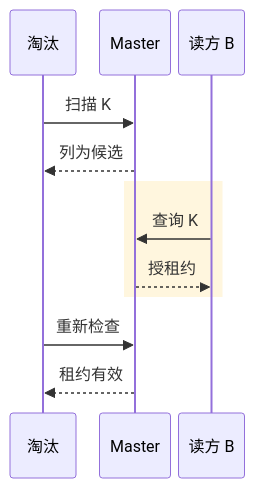
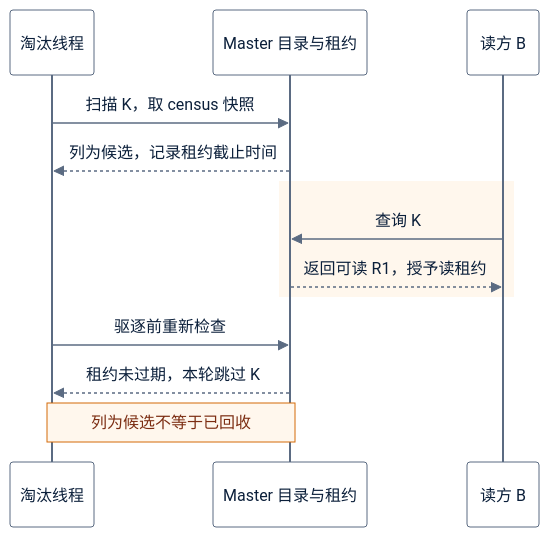
One commit to Hansyangxingxiang/Mooncake changed the diagram in mooncake-kv-cache-series/wechat/09-cache-eviction.md. Above: the diagram before and after it, drawn with Mermaid. The commit also changed other lines of this file and 9 other files, not shown here.

````diff
--- a/mooncake-kv-cache-series/wechat/09-cache-eviction.md
+++ b/mooncake-kv-cache-series/wechat/09-cache-eviction.md
@@ -20,15 +20,17 @@
 ```mermaid
-%%{init: {"sequence": {"width": 66, "actorMargin": 8, "diagramMarginX": 8, "messageMargin": 20}}}%%
+%%{init: {"theme":"base","themeVariables":{"fontFamily":"Noto Sans CJK SC, sans-serif","fontSize":"15px","lineColor":"#5B6B82","actorBkg":"#FFFFFF","actorBorder":"#5B6B82","actorTextColor":"#0B1F3A","signalColor":"#5B6B82","signalTextColor":"#0B1F3A","noteBkgColor":"#FFF7ED","noteBorderColor":"#D46B08","noteTextColor":"#7C2D12","activationBkgColor":"#EAF2FF","activationBorderColor":"#1677FF"},"sequence":{"width":72,"actorMargin":10,"diagramMarginX":8,"messageMargin":20}}}%%
 sequenceDiagram
-    participant E as 淘汰
-    participant M as Master
+    participant E as 淘汰线程
+    participant M as Master 目录与租约
     participant B as 读方 B
-    E->>M: 扫描 K
-    M-->>E: 列为候选
-    rect rgb(255, 246, 222)
-    B->>M: 查询 K
-    M-->>B: 授租约
+
+    E->>M: 扫描 K，取 census 快照
+    M-->>E: 列为候选，记录租约截止时间
+    rect rgb(255, 247, 237)
+        B->>M: 查询 K
+        M-->>B: 返回可读 R1，授予读租约
     end
-    E->>M: 重新检查
-    M-->>E: 租约有效
+    E->>M: 驱逐前重新检查
+    M-->>E: 租约未过期，本轮跳过 K
+    Note over E,M: 列为候选不等于已回收
 ```
````
